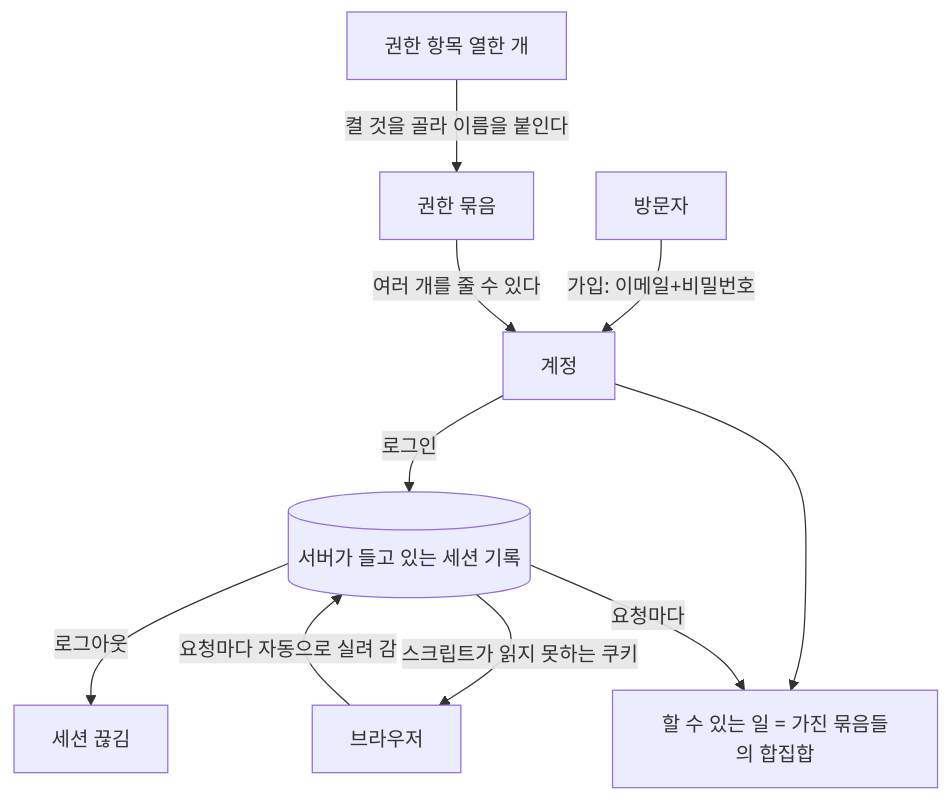
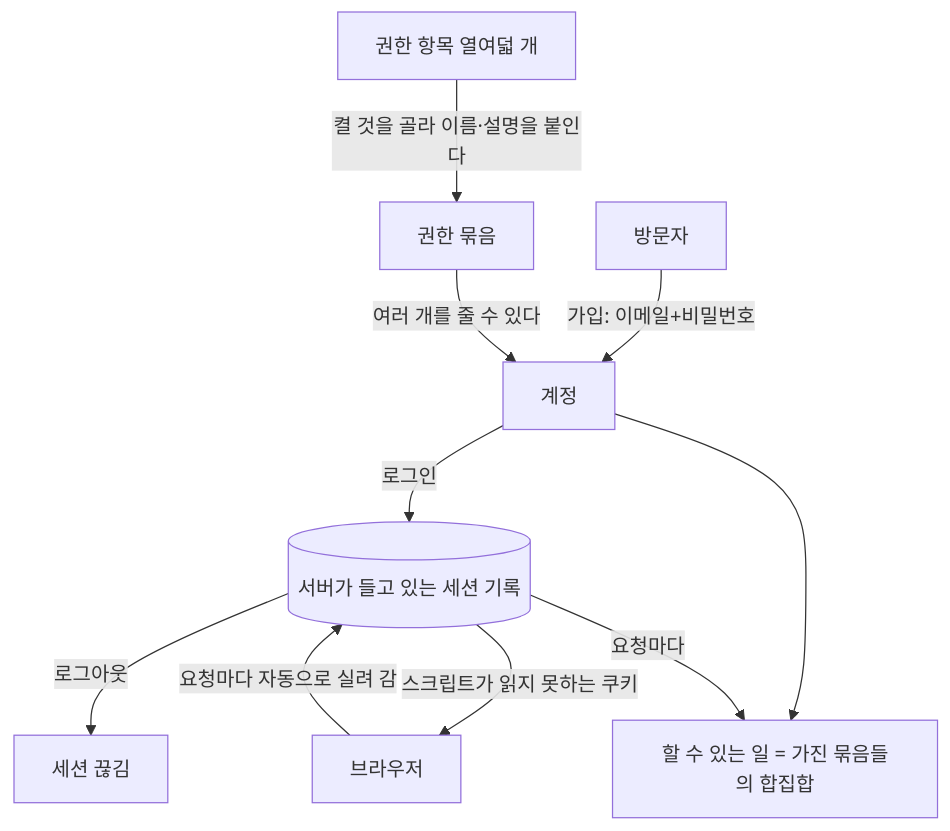
Before and after one commit to minkong-dev/Banblit: the first of 4 diagrams in .cluedoc/accounts-and-roles/README.md, drawn with Mermaid. The commit also changed other lines of this file and 11 other files, not shown here.

````diff
--- a/.cluedoc/accounts-and-roles/README.md
+++ b/.cluedoc/accounts-and-roles/README.md
@@ -43,12 +47,12 @@
 ```mermaid
 flowchart TD
     V[방문자] -->|가입: 이메일+비밀번호| U[계정]
     U -->|로그인| S[(서버가 들고 있는 세션 기록)]
     S -->|스크립트가 읽지 못하는 쿠키| B[브라우저]
     B -->|요청마다 자동으로 실려 감| S
     S -->|로그아웃| X[세션 끊김]
-    I[권한 항목 열한 개] -->|켤 것을 골라 이름을 붙인다| P[권한 묶음]
+    I[권한 항목 열여덟 개] -->|켤 것을 골라 이름·설명을 붙인다| P[권한 묶음]
     P -->|여러 개를 줄 수 있다| U
     U --> C[할 수 있는 일 = 가진 묶음들의 합집합]
     S -->|요청마다| C
 ```
````
